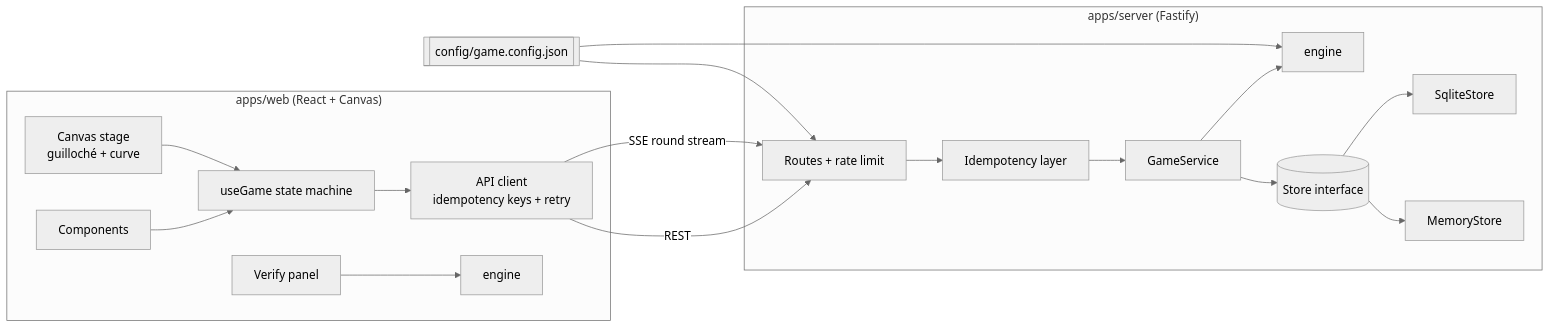
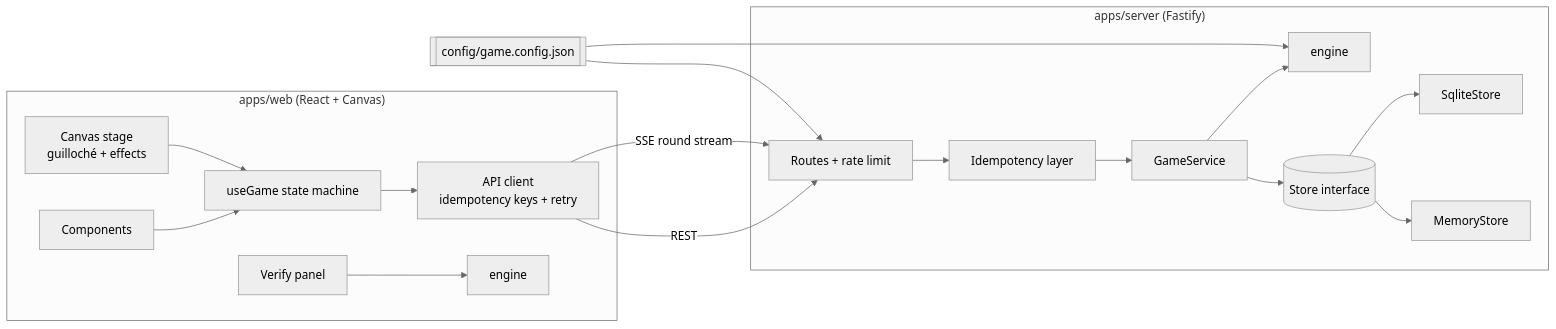
The diagram in README.md (aryano96/Canadian-bank-note), drawn with Mermaid (neutral theme) before and after one commit. The commit also changed other lines of this file and 2 other files, not shown here.

First line of the commit message:
Drop the graph and let the lanterns carry the game

````diff
--- a/README.md
+++ b/README.md
@@ -77,21 +77,21 @@
 ```mermaid
 flowchart LR
   subgraph Browser["apps/web (React + Canvas)"]
     UI[Components] --> Hook[useGame state machine]
-    Stage[Canvas stage<br/>guilloché + curve] --> Hook
+    Stage[Canvas stage<br/>guilloché + effects] --> Hook
     Hook --> Client[API client<br/>idempotency keys + retry]
     Verify[Verify panel] --> Engine1[engine]
   end
   subgraph Server["apps/server (Fastify)"]
     Routes[Routes + rate limit] --> Idem[Idempotency layer]
     Idem --> Game[GameService]
     Game --> Engine2[engine]
     Game --> Store[(Store interface)]
     Store --> SQLite[SqliteStore]
     Store --> Memory[MemoryStore]
   end
   Client -- REST --> Routes
   Client -- SSE round stream --> Routes
   Config[[config/game.config.json]] --> Engine2
   Config --> Routes
 ```
````
